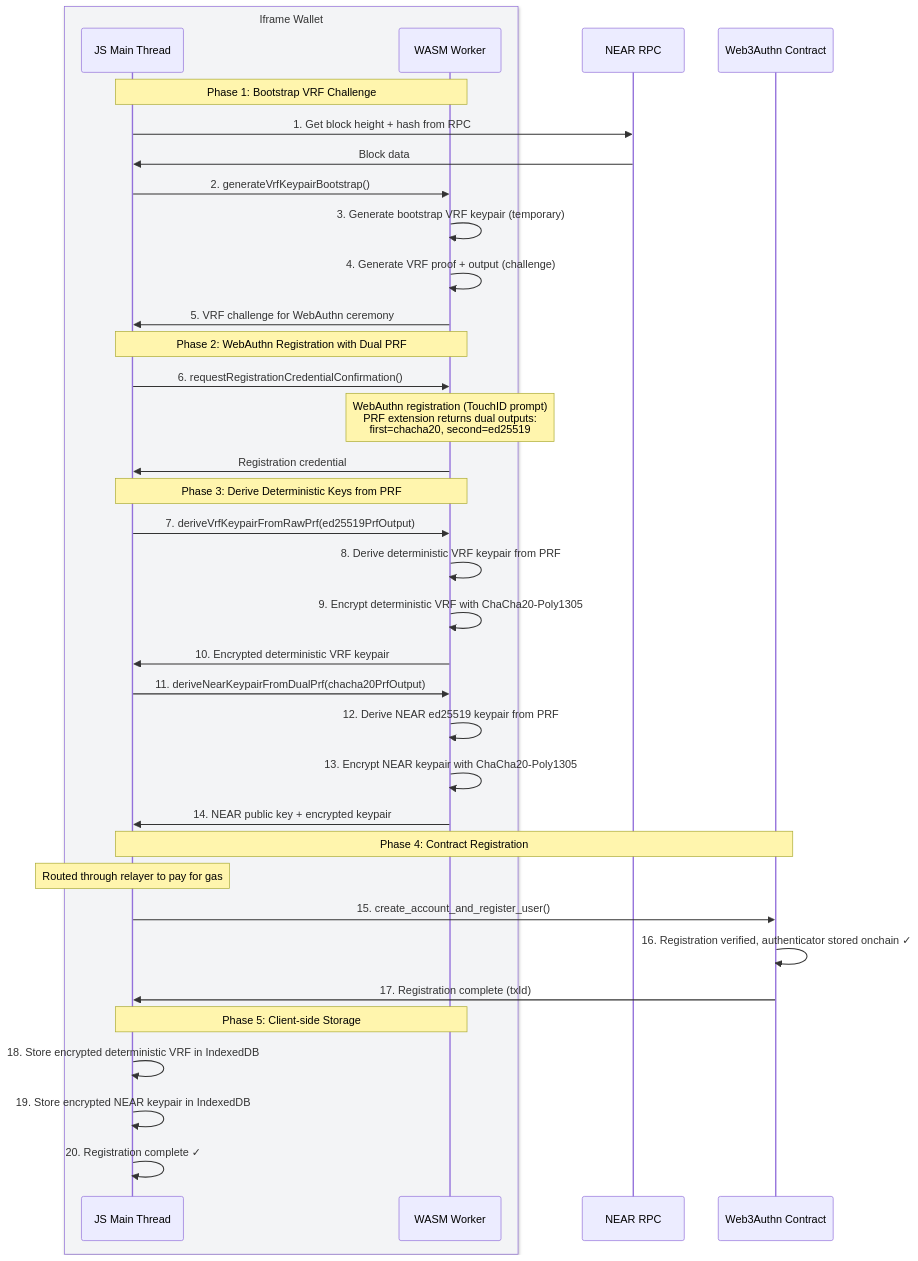
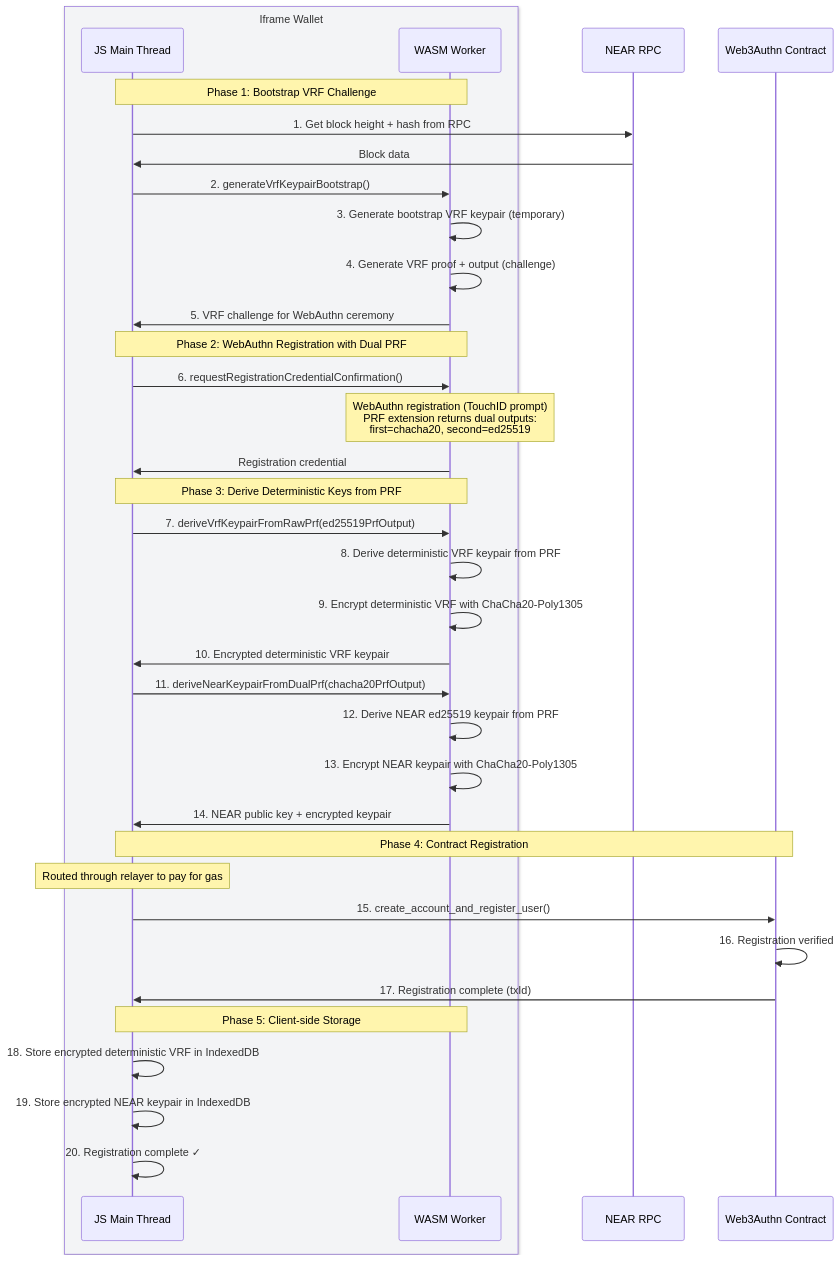
The diagram in examples/tatchi-docs/src/public/diagrams/contract-registration-flow.mmd (web3-authn/tatchi), drawn with Mermaid before and after one commit. The commit also changed 1 other file, not shown here.

Commit message:
update diagram for registraiton

```diff
--- a/examples/tatchi-docs/src/public/diagrams/contract-registration-flow.mmd
+++ b/examples/tatchi-docs/src/public/diagrams/contract-registration-flow.mmd
@@ -1,42 +1,42 @@
 sequenceDiagram
     box rgb(243, 244, 246) Iframe Wallet
     participant JSMain as JS Main Thread
     participant Worker as WASM Worker
     end
     participant NEAR as NEAR RPC
     participant Contract as Web3Authn Contract
 
     Note over JSMain,Worker: Phase 1: Bootstrap VRF Challenge
     JSMain->>NEAR: 1. Get block height + hash from RPC
     NEAR->>JSMain: Block data
     JSMain->>Worker: 2. generateVrfKeypairBootstrap()
     Worker->>Worker: 3. Generate bootstrap VRF keypair (temporary)
     Worker->>Worker: 4. Generate VRF proof + output (challenge)
     Worker->>JSMain: 5. VRF challenge for WebAuthn ceremony
 
     Note over JSMain,Worker: Phase 2: WebAuthn Registration with Dual PRF
     JSMain->>Worker: 6. requestRegistrationCredentialConfirmation()
     Note over Worker: WebAuthn registration (TouchID prompt)<br/>PRF extension returns dual outputs:<br/>first=chacha20, second=ed25519
     Worker->>JSMain: Registration credential
 
     Note over JSMain,Worker: Phase 3: Derive Deterministic Keys from PRF
     JSMain->>Worker: 7. deriveVrfKeypairFromRawPrf(ed25519PrfOutput)
     Worker->>Worker: 8. Derive deterministic VRF keypair from PRF
     Worker->>Worker: 9. Encrypt deterministic VRF with ChaCha20-Poly1305
     Worker->>JSMain: 10. Encrypted deterministic VRF keypair
 
     JSMain->>Worker: 11. deriveNearKeypairFromDualPrf(chacha20PrfOutput)
     Worker->>Worker: 12. Derive NEAR ed25519 keypair from PRF
     Worker->>Worker: 13. Encrypt NEAR keypair with ChaCha20-Poly1305
     Worker->>JSMain: 14. NEAR public key + encrypted keypair
 
     Note over JSMain,Contract: Phase 4: Contract Registration
     Note over JSMain: Routed through relayer to pay for gas
     JSMain->>Contract: 15. create_account_and_register_user()
-    Contract->>Contract: 16. Registration verified, authenticator stored onchain ✓
+    Contract->>Contract: 16. Registration verified
     Contract->>JSMain: 17. Registration complete (txId)
 
     Note over JSMain,Worker: Phase 5: Client-side Storage
     JSMain->>JSMain: 18. Store encrypted deterministic VRF in IndexedDB
     JSMain->>JSMain: 19. Store encrypted NEAR keypair in IndexedDB
     JSMain->>JSMain: 20. Registration complete ✓
```
